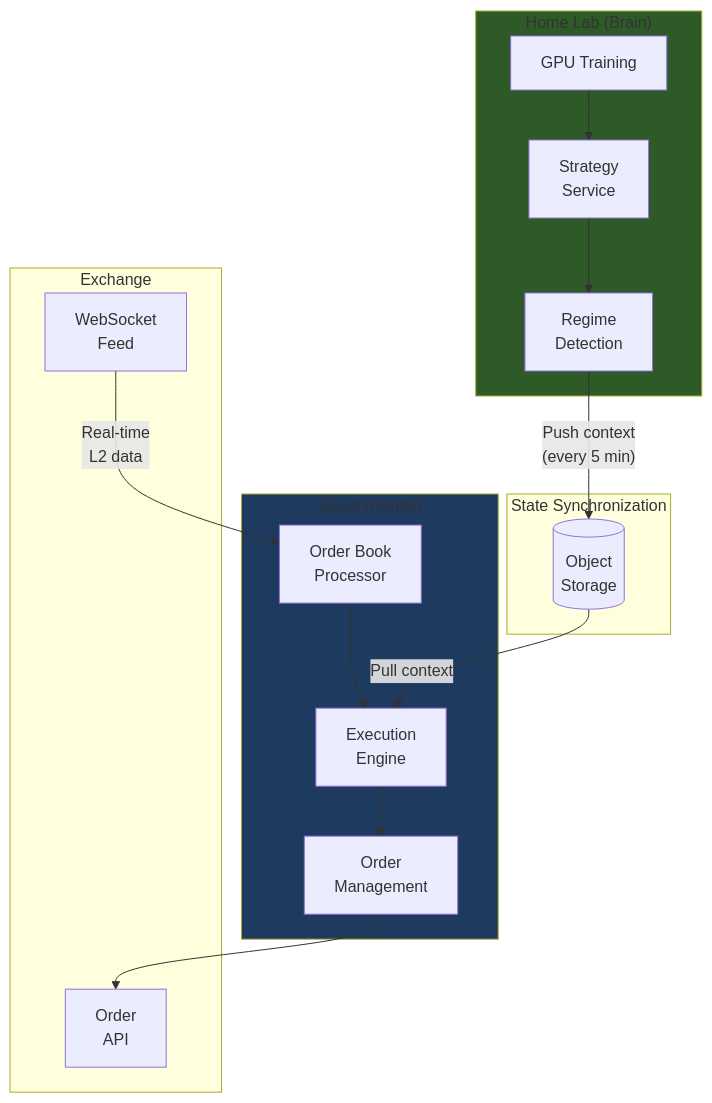
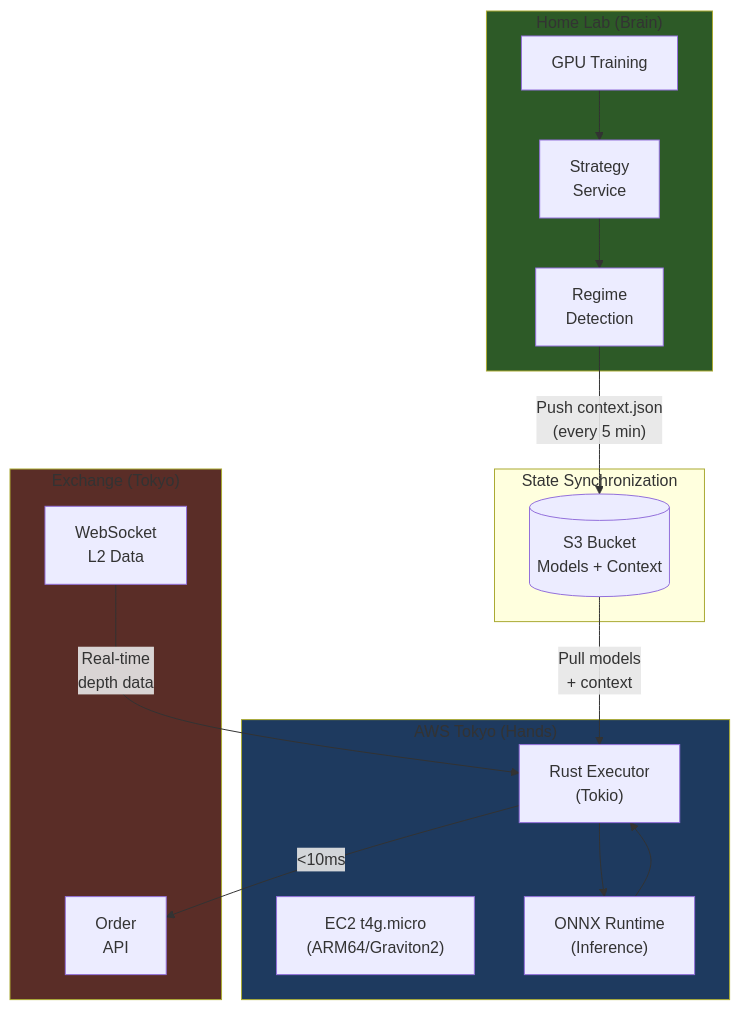
One commit to alfredojrc/digital-garden changed the seventh of 11 diagrams in docs/blog/posts/building-a-home-lab-trading-system.md. Above: the diagram before and after it, drawn with Mermaid. The commit also changed other lines of this file and 2 other files, not shown here.

First line of the commit message:
feat: Expand blog post with AWS Tokyo and Rust executor details

````diff
--- a/docs/blog/posts/building-a-home-lab-trading-system.md
+++ b/docs/blog/posts/building-a-home-lab-trading-system.md
@@ -348,36 +350,37 @@
 ```mermaid
 flowchart TB
     subgraph Home["Home Lab (Brain)"]
         GPU["GPU Training"]
         STRAT["Strategy<br/>Service"]
         REGIME["Regime<br/>Detection"]
     end
 
-    subgraph Cloud["Cloud (Hands)"]
-        EXEC["Execution<br/>Engine"]
-        OB["Order Book<br/>Processor"]
-        ORDERS["Order<br/>Management"]
+    subgraph AWS["AWS Tokyo (Hands)"]
+        EC2["EC2 t4g.micro<br/>(ARM64/Graviton2)"]
+        RUST["Rust Executor<br/>(Tokio)"]
+        ONNX["ONNX Runtime<br/>(Inference)"]
     end
 
-    subgraph Exchange["Exchange"]
-        WS["WebSocket<br/>Feed"]
+    subgraph Exchange["Exchange (Tokyo)"]
+        WS["WebSocket<br/>L2 Data"]
         API["Order<br/>API"]
     end
 
     subgraph Sync["State Synchronization"]
-        S3[("Object<br/>Storage")]
+        S3[("S3 Bucket<br/>Models + Context")]
     end
 
     GPU --> STRAT
     STRAT --> REGIME
-    REGIME -->|"Push context<br/>(every 5 min)"| S3
-    S3 -->|"Pull context"| EXEC
+    REGIME -->|"Push context.json<br/>(every 5 min)"| S3
+    S3 -->|"Pull models<br/>+ context"| RUST
 
-    WS -->|"Real-time<br/>L2 data"| OB
-    OB --> EXEC
-    EXEC --> ORDERS
-    ORDERS --> API
+    WS -->|"Real-time<br/>depth data"| RUST
+    RUST --> ONNX
+    ONNX --> RUST
+    RUST -->|"<10ms"| API
 
     style Home fill:#2d5a27
-    style Cloud fill:#1e3a5f
+    style AWS fill:#1e3a5f
+    style Exchange fill:#5a2d27
 ```
````
